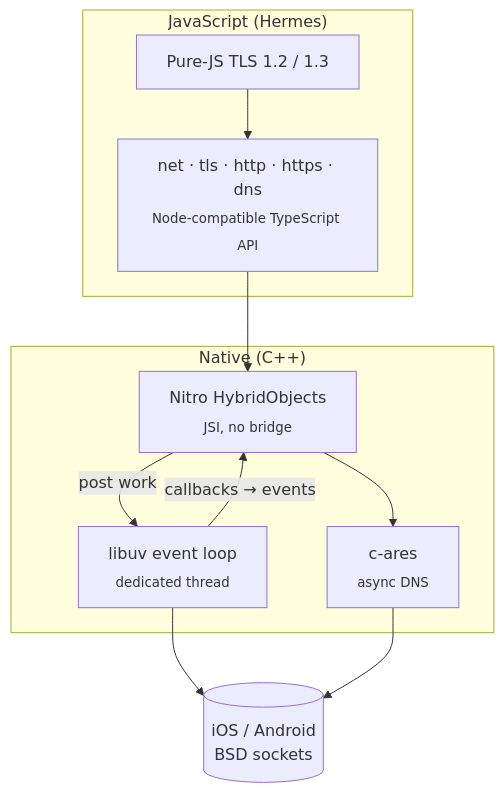
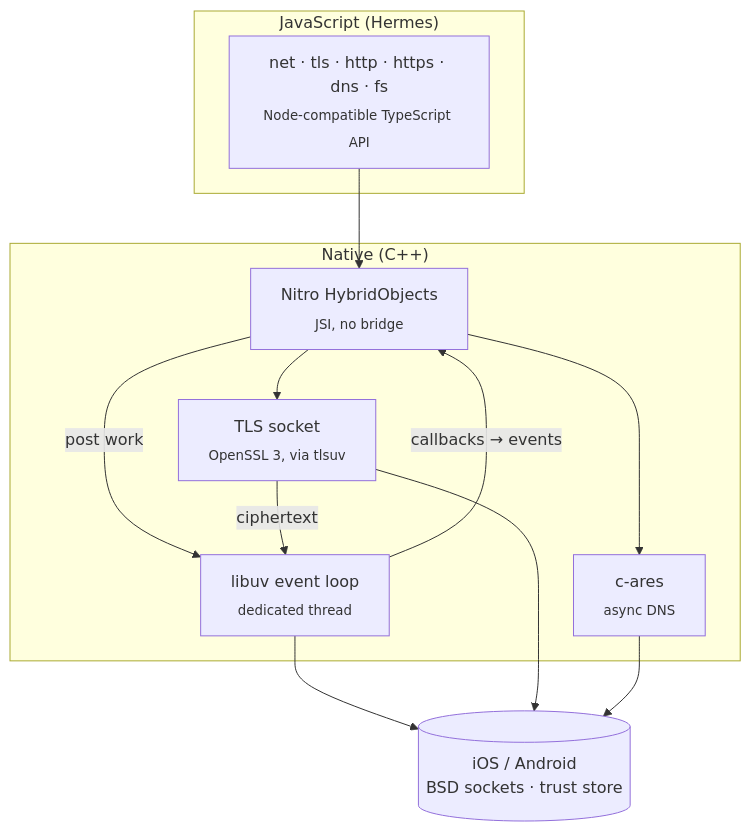
The diagram in README.md (gmanole01/react-native-nitro-node), drawn with Mermaid before and after one commit. The commit also changed other lines of this file and 356 other files, not shown here.

Commit message:
tls native impl (tlsuv with openssl), events, stream

````diff
--- a/README.md
+++ b/README.md
@@ -327,23 +362,25 @@
 ```mermaid
 flowchart TB
     subgraph JS["JavaScript (Hermes)"]
-        API["net · tls · http · https · dns<br/><sub>Node-compatible TypeScript API</sub>"]
-        TLS["Pure-JS TLS 1.2 / 1.3"]
+        API["net · tls · http · https · dns · fs<br/><sub>Node-compatible TypeScript API</sub>"]
     end
 
     subgraph Native["Native (C++)"]
         Nitro["Nitro HybridObjects<br/><sub>JSI, no bridge</sub>"]
         Loop["libuv event loop<br/><sub>dedicated thread</sub>"]
+        TLS["TLS socket<br/><sub>OpenSSL 3, via tlsuv</sub>"]
         Ares["c-ares<br/><sub>async DNS</sub>"]
     end
 
-    OS[("iOS / Android<br/>BSD sockets")]
+    OS[("iOS / Android<br/>BSD sockets · trust store")]
 
     API --> Nitro
-    TLS --> API
     Nitro -- "post work" --> Loop
     Loop -- "callbacks → events" --> Nitro
+    Nitro --> TLS
+    TLS -- "ciphertext" --> Loop
     Nitro --> Ares
     Loop --> OS
+    TLS --> OS
     Ares --> OS
 ```
````
